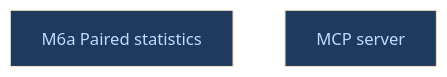
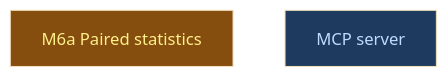
Before and after one commit to CrackingShells/Candler: the diagram in __roadmap__/candler-v1/contracts/parity/alignment/surfaces/isolation/m5b/stats/README.md, drawn with Mermaid (base theme). The commit also changed other lines of this file and 3 other files, not shown here.

````diff
--- a/__roadmap__/candler-v1/contracts/parity/alignment/surfaces/isolation/m5b/stats/README.md
+++ b/__roadmap__/candler-v1/contracts/parity/alignment/surfaces/isolation/m5b/stats/README.md
@@ -16,10 +16,10 @@
 ```mermaid
 graph TD
-    m6a_paired_stats[M6a Paired statistics]:::amendment
+    m6a_paired_stats[M6a Paired statistics]:::inprogress
     mcp[MCP server]:::amendment
     classDef done       fill:#166534,color:#bbf7d0
     classDef inprogress fill:#854d0e,color:#fef08a
     classDef planned    fill:#374151,color:#e5e7eb
     classDef amendment  fill:#1e3a5f,color:#bfdbfe
     classDef blocked    fill:#7f1d1d,color:#fecaca
 ```
````
